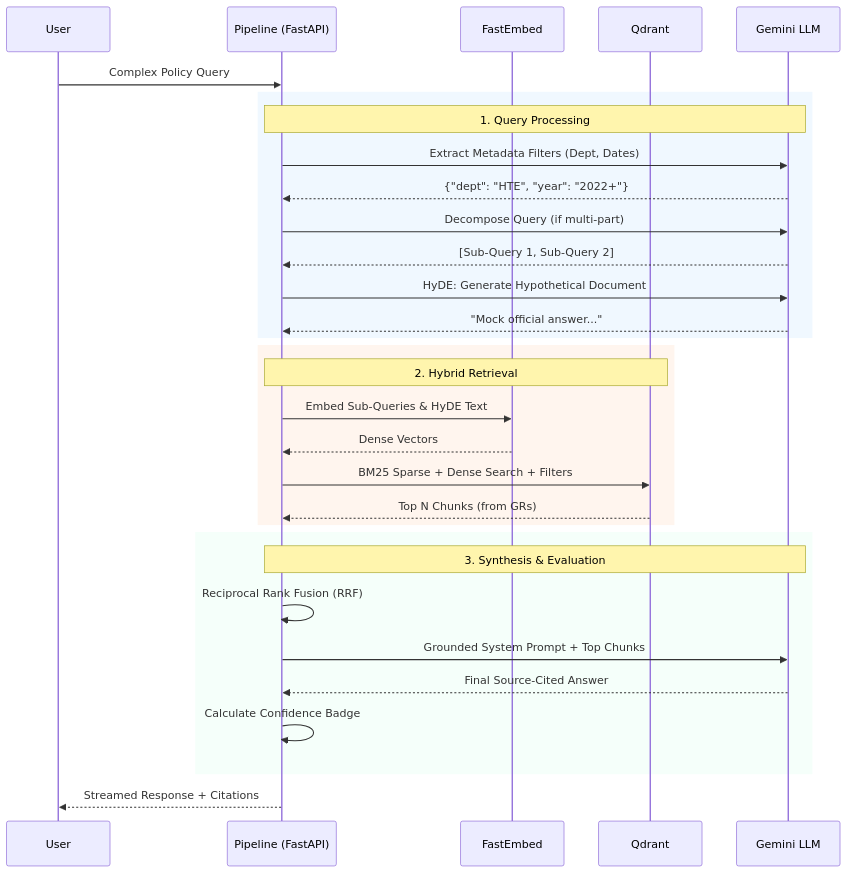
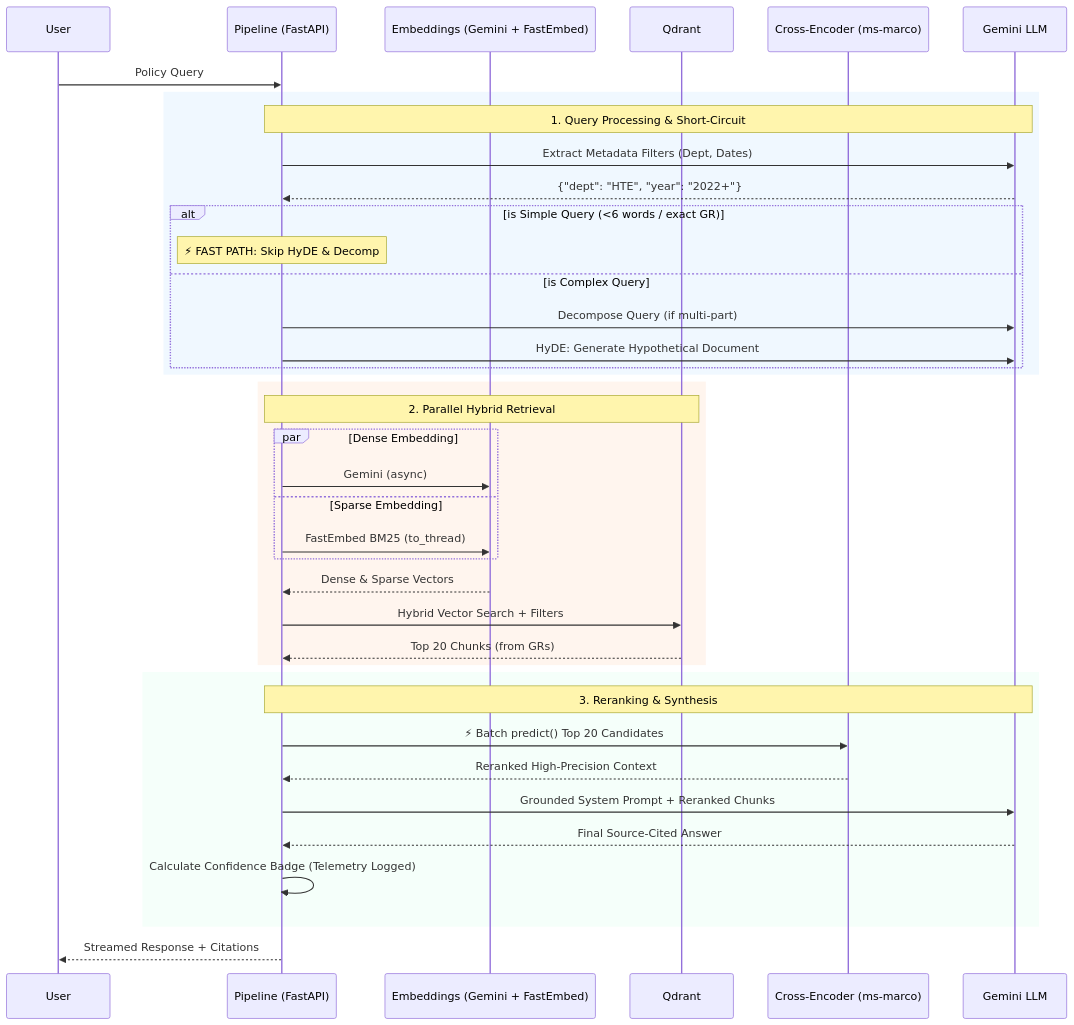
Before and after one commit to TanishParekh03/VJTI-AI-: the second of 2 diagrams in README.md, drawn with Mermaid. The commit also changed 11 other files, not shown here.

````diff
--- a/README.md
+++ b/README.md
@@ -68,38 +68,48 @@
 ```mermaid
 sequenceDiagram
     participant U as User
     participant P as Pipeline (FastAPI)
-    participant E as FastEmbed
+    participant E as Embeddings (Gemini + FastEmbed)
     participant Q as Qdrant
+    participant X as Cross-Encoder (ms-marco)
     participant G as Gemini LLM
 
-    U->>P: Complex Policy Query
+    U->>P: Policy Query
     
     rect rgb(240, 248, 255)
-    Note over P, G: 1. Query Processing
+    Note over P, G: 1. Query Processing & Short-Circuit
     P->>G: Extract Metadata Filters (Dept, Dates)
     G-->>P: {"dept": "HTE", "year": "2022+"}
-    P->>G: Decompose Query (if multi-part)
-    G-->>P: [Sub-Query 1, Sub-Query 2]
-    P->>G: HyDE: Generate Hypothetical Document
-    G-->>P: "Mock official answer..."
+    
+    alt is Simple Query (<6 words / exact GR)
+        Note over P: ⚡ FAST PATH: Skip HyDE & Decomp
+    else is Complex Query
+        P->>G: Decompose Query (if multi-part)
+        P->>G: HyDE: Generate Hypothetical Document
+    end
     end
     
     rect rgb(255, 245, 238)
-    Note over P, Q: 2. Hybrid Retrieval
-    P->>E: Embed Sub-Queries & HyDE Text
-    E-->>P: Dense Vectors
-    P->>Q: BM25 Sparse + Dense Search + Filters
-    Q-->>P: Top N Chunks (from GRs)
+    Note over P, Q: 2. Parallel Hybrid Retrieval
+    par Dense Embedding
+        P->>E: Gemini (async)
+    and Sparse Embedding
+        P->>E: FastEmbed BM25 (to_thread)
+    end
+    E-->>P: Dense & Sparse Vectors
+    
+    P->>Q: Hybrid Vector Search + Filters
+    Q-->>P: Top 20 Chunks (from GRs)
     end
     
     rect rgb(245, 255, 250)
-    Note over P, G: 3. Synthesis & Evaluation
-    P->>P: Reciprocal Rank Fusion (RRF)
-    P->>G: Grounded System Prompt + Top Chunks
+    Note over P, G: 3. Reranking & Synthesis
+    P->>X: ⚡ Batch predict() Top 20 Candidates
+    X-->>P: Reranked High-Precision Context
+    P->>G: Grounded System Prompt + Reranked Chunks
     G-->>P: Final Source-Cited Answer
-    P->>P: Calculate Confidence Badge
+    P->>P: Calculate Confidence Badge (Telemetry Logged)
     end
     
     P-->>U: Streamed Response + Citations
 ```
````
